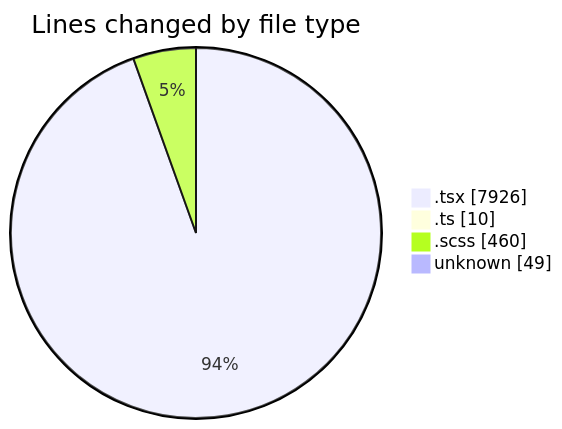
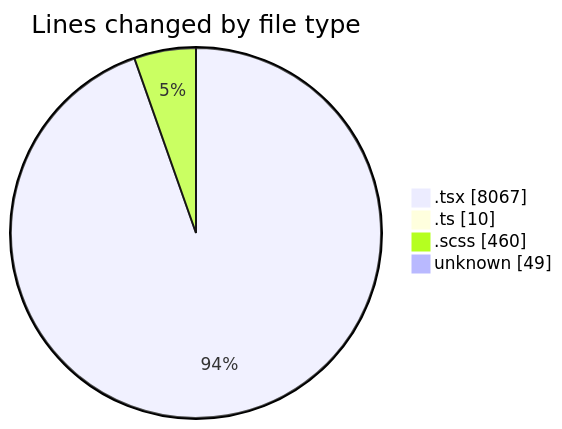
The first of 2 diagrams in 2025-11-17/cda/README.md (momahboobian/code-tracking), drawn with Mermaid before and after one commit. The commit also changed other lines of this file and 1 other file, not shown here.

````diff
--- a/2025-11-17/cda/README.md
+++ b/2025-11-17/cda/README.md
@@ -35,8 +35,8 @@
 ```mermaid
 pie showData
 title Lines changed by file type
-".tsx" : 7926
+".tsx" : 8067
 ".ts" : 10
 ".scss" : 460
 "unknown" : 49
 ```
````
